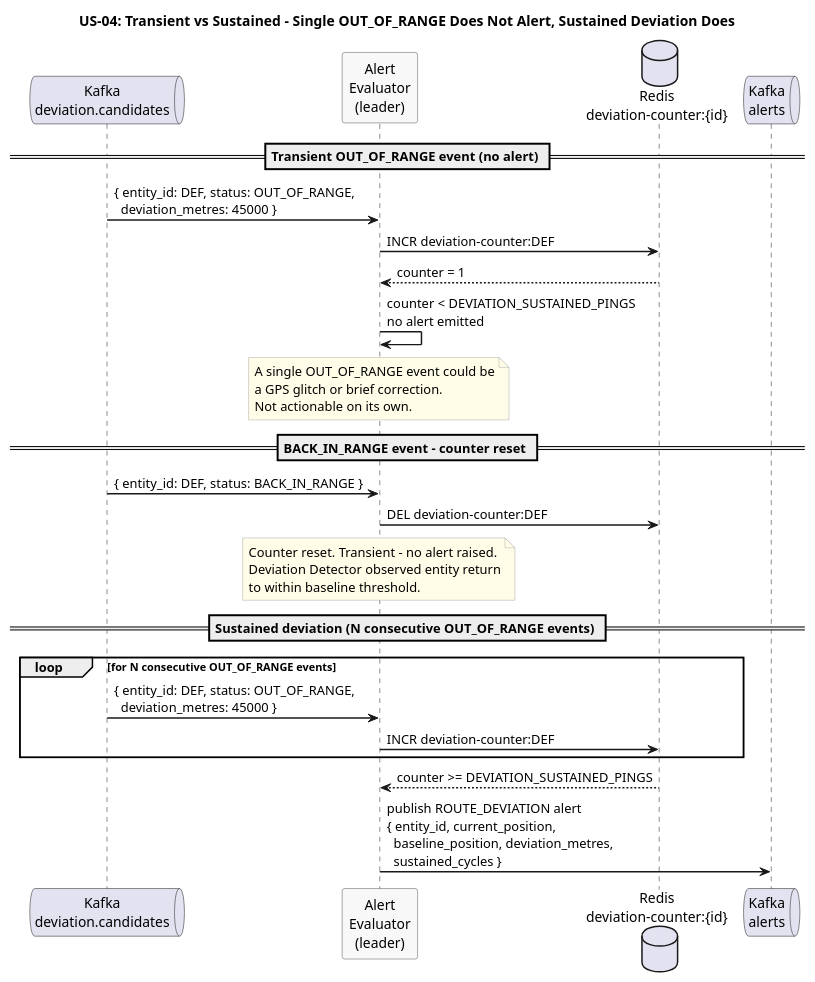
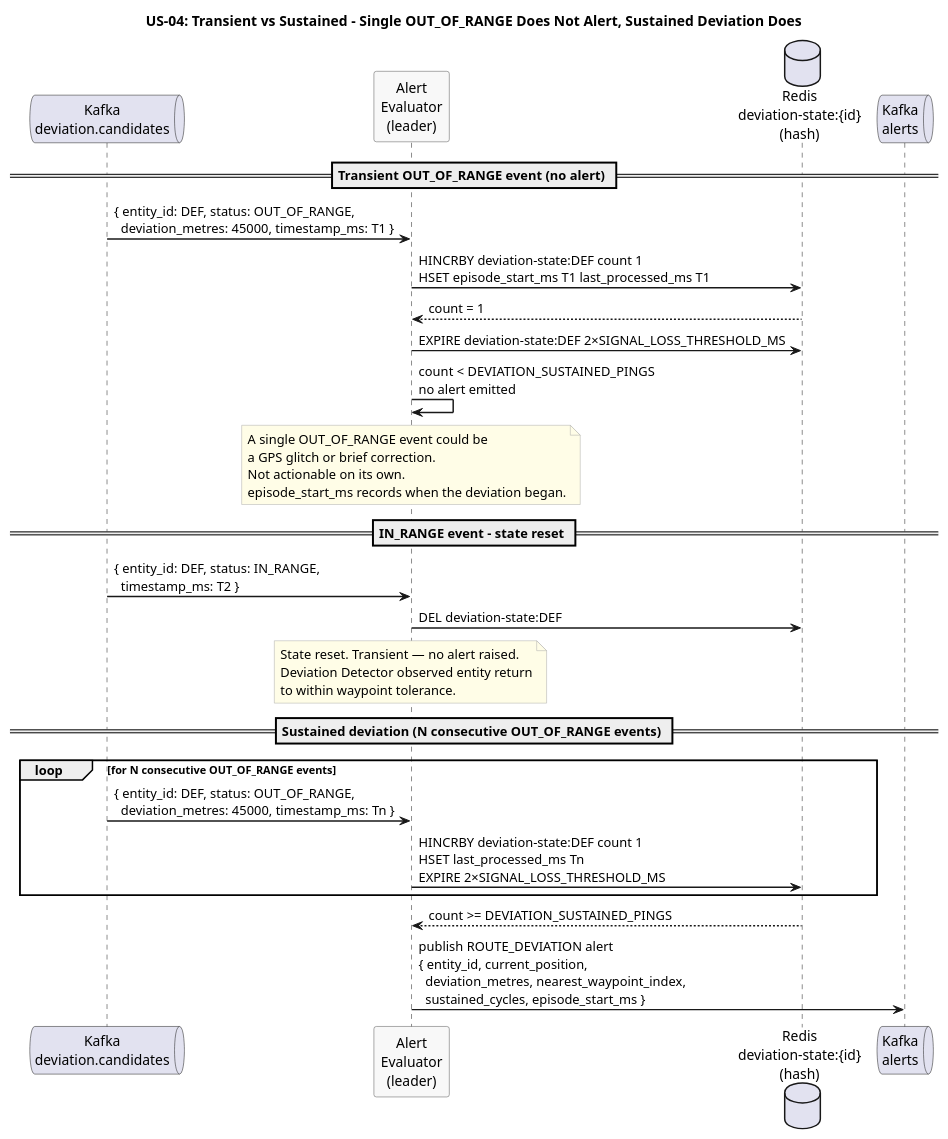
Before and after one commit to Buffden/sentinel: the diagram in docs/use-cases/US-04-route-deviation-alert/transient-vs-sustained.puml, drawn with PlantUML. The commit also changed 2 other files, not shown here.

Commit message:
deviation-detector: stateless detector; deviation-state hash with episode_start_ms and replay guard
Deviation Detector classifies every ping independently — no transition tracking.
BACK_IN_RANGE replaced by IN_RANGE (emitted on every in-range ping). Alert Evaluator
owns episode state via deviation-state hash: count, episode_start_ms, last_processed_ms
(replay guard), and a safety TTL of 2×SIGNAL_LOSS_THRESHOLD_MS. ADR-014 updated.

```diff
--- a/docs/use-cases/US-04-route-deviation-alert/transient-vs-sustained.puml
+++ b/docs/use-cases/US-04-route-deviation-alert/transient-vs-sustained.puml
@@ -1,52 +1,55 @@
 @startuml transient-vs-sustained
 title US-04: Transient vs Sustained - Single OUT_OF_RANGE Does Not Alert, Sustained Deviation Does
 
 skinparam sequenceArrowThickness 1.5
 skinparam participantBorderColor #555555
 skinparam participantBackgroundColor #F8F8F8
 skinparam noteBorderColor #AAAAAA
 skinparam noteBackgroundColor #FFFDE7
 
 queue "Kafka\ndeviation.candidates" as DevCandKafka
 participant "Alert\nEvaluator\n(leader)" as Evaluator
-database "Redis\ndeviation-counter:{id}" as DevState
+database "Redis\ndeviation-state:{id}\n(hash)" as DevState
 queue "Kafka\nalerts" as Kafka
 
 == Transient OUT_OF_RANGE event (no alert) ==
 
-DevCandKafka -> Evaluator : { entity_id: DEF, status: OUT_OF_RANGE,\n  deviation_metres: 45000 }
+DevCandKafka -> Evaluator : { entity_id: DEF, status: OUT_OF_RANGE,\n  deviation_metres: 45000, timestamp_ms: T1 }
 
-Evaluator -> DevState : INCR deviation-counter:DEF
-DevState --> Evaluator : counter = 1
+Evaluator -> DevState : HINCRBY deviation-state:DEF count 1\nHSET episode_start_ms T1 last_processed_ms T1
+DevState --> Evaluator : count = 1
 
-Evaluator -> Evaluator : counter < DEVIATION_SUSTAINED_PINGS\nno alert emitted
+Evaluator -> DevState : EXPIRE deviation-state:DEF 2×SIGNAL_LOSS_THRESHOLD_MS
+
+Evaluator -> Evaluator : count < DEVIATION_SUSTAINED_PINGS\nno alert emitted
 
 note over Evaluator
   A single OUT_OF_RANGE event could be
   a GPS glitch or brief correction.
   Not actionable on its own.
+  episode_start_ms records when the deviation began.
 end note
 
-== BACK_IN_RANGE event - counter reset ==
+== IN_RANGE event - state reset ==
 
-DevCandKafka -> Evaluator : { entity_id: DEF, status: BACK_IN_RANGE }
+DevCandKafka -> Evaluator : { entity_id: DEF, status: IN_RANGE,\n  timestamp_ms: T2 }
 
-Evaluator -> DevState : DEL deviation-counter:DEF
+Evaluator -> DevState : DEL deviation-state:DEF
 note over Evaluator
-  Counter reset. Transient - no alert raised.
+  State reset. Transient — no alert raised.
   Deviation Detector observed entity return
-  to within baseline threshold.
+  to within waypoint tolerance.
 end note
 
 == Sustained deviation (N consecutive OUT_OF_RANGE events) ==
 
 loop for N consecutive OUT_OF_RANGE events
-  DevCandKafka -> Evaluator : { entity_id: DEF, status: OUT_OF_RANGE,\n  deviation_metres: 45000 }
-  Evaluator -> DevState : INCR deviation-counter:DEF
+  DevCandKafka -> Evaluator : { entity_id: DEF, status: OUT_OF_RANGE,\n  deviation_metres: 45000, timestamp_ms: Tn }
+  Evaluator -> DevState : HINCRBY deviation-state:DEF count 1\nHSET last_processed_ms Tn\nEXPIRE 2×SIGNAL_LOSS_THRESHOLD_MS
 end
 
-DevState --> Evaluator : counter >= DEVIATION_SUSTAINED_PINGS
+DevState --> Evaluator : count >= DEVIATION_SUSTAINED_PINGS
 
-Evaluator -> Kafka : publish ROUTE_DEVIATION alert\n{ entity_id, current_position,\n  baseline_position, deviation_metres,\n  sustained_cycles }
+Evaluator -> Kafka : publish ROUTE_DEVIATION alert\n{ entity_id, current_position,\n  deviation_metres, nearest_waypoint_index,\n  sustained_cycles, episode_start_ms }
 
 @enduml
```
